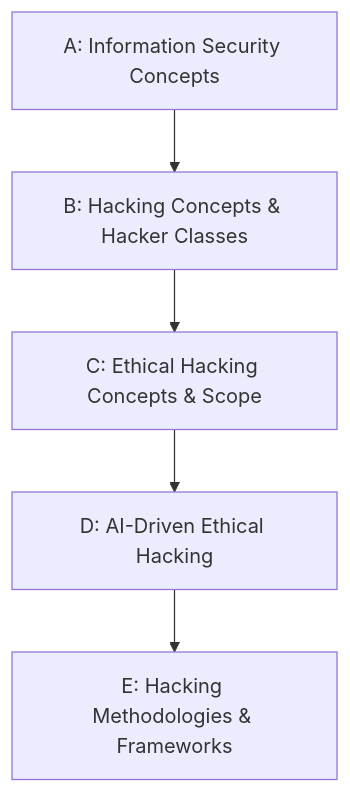
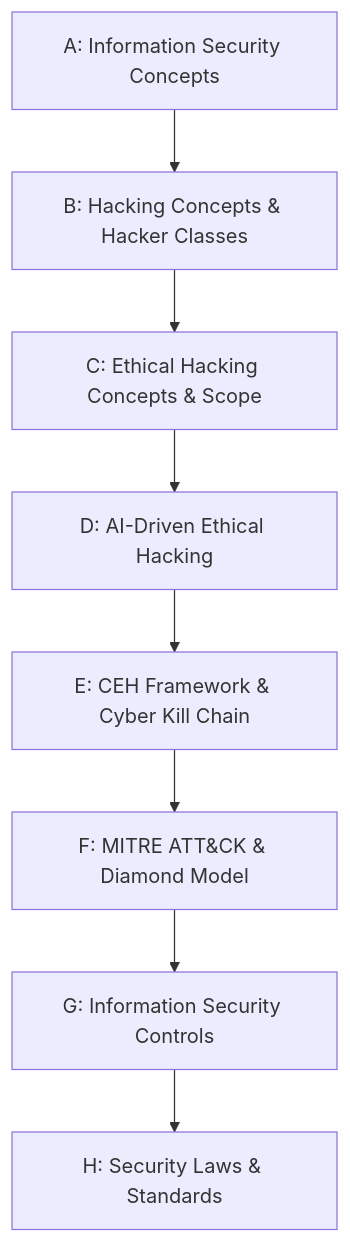
The diagram in Syllabus/Module-01-Introduction-to-Ethical-Hacking/README.md (Shade4/CEHv13-Notes), drawn with Mermaid before and after one commit. The commit also changed other lines of this file, not shown here.

````diff
--- a/Syllabus/Module-01-Introduction-to-Ethical-Hacking/README.md
+++ b/Syllabus/Module-01-Introduction-to-Ethical-Hacking/README.md
@@ -39,7 +42,10 @@
 ```mermaid
 flowchart TD
     A[A: Information Security Concepts] --> B[B: Hacking Concepts & Hacker Classes]
     B --> C[C: Ethical Hacking Concepts & Scope]
     C --> D[D: AI-Driven Ethical Hacking]
-    D --> E[E: Hacking Methodologies & Frameworks]
+    D --> E[E: CEH Framework & Cyber Kill Chain]
+    E --> F[F: MITRE ATT&CK & Diamond Model]
+    F --> G[G: Information Security Controls]
+    G --> H[H: Security Laws & Standards]
 ```
````
